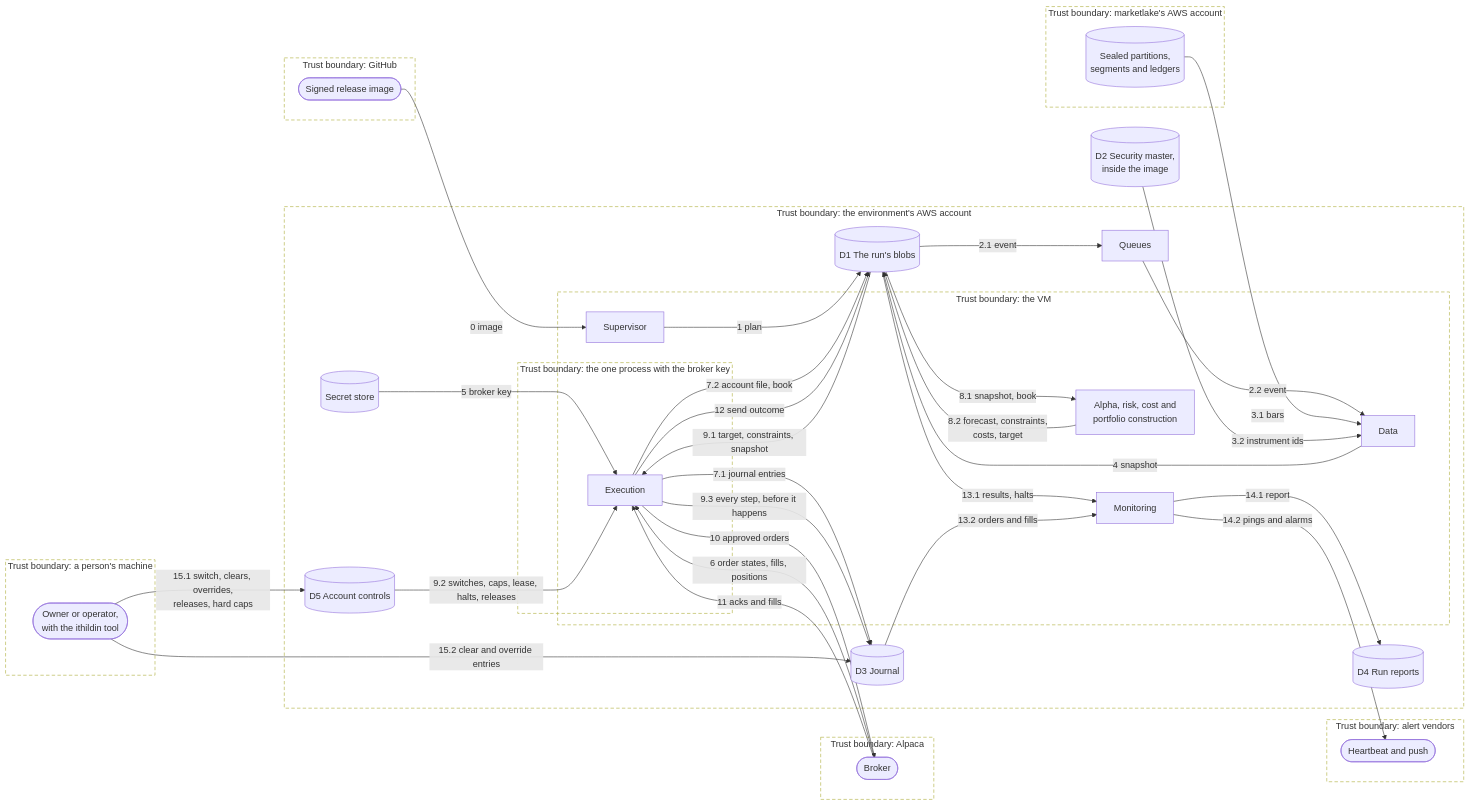
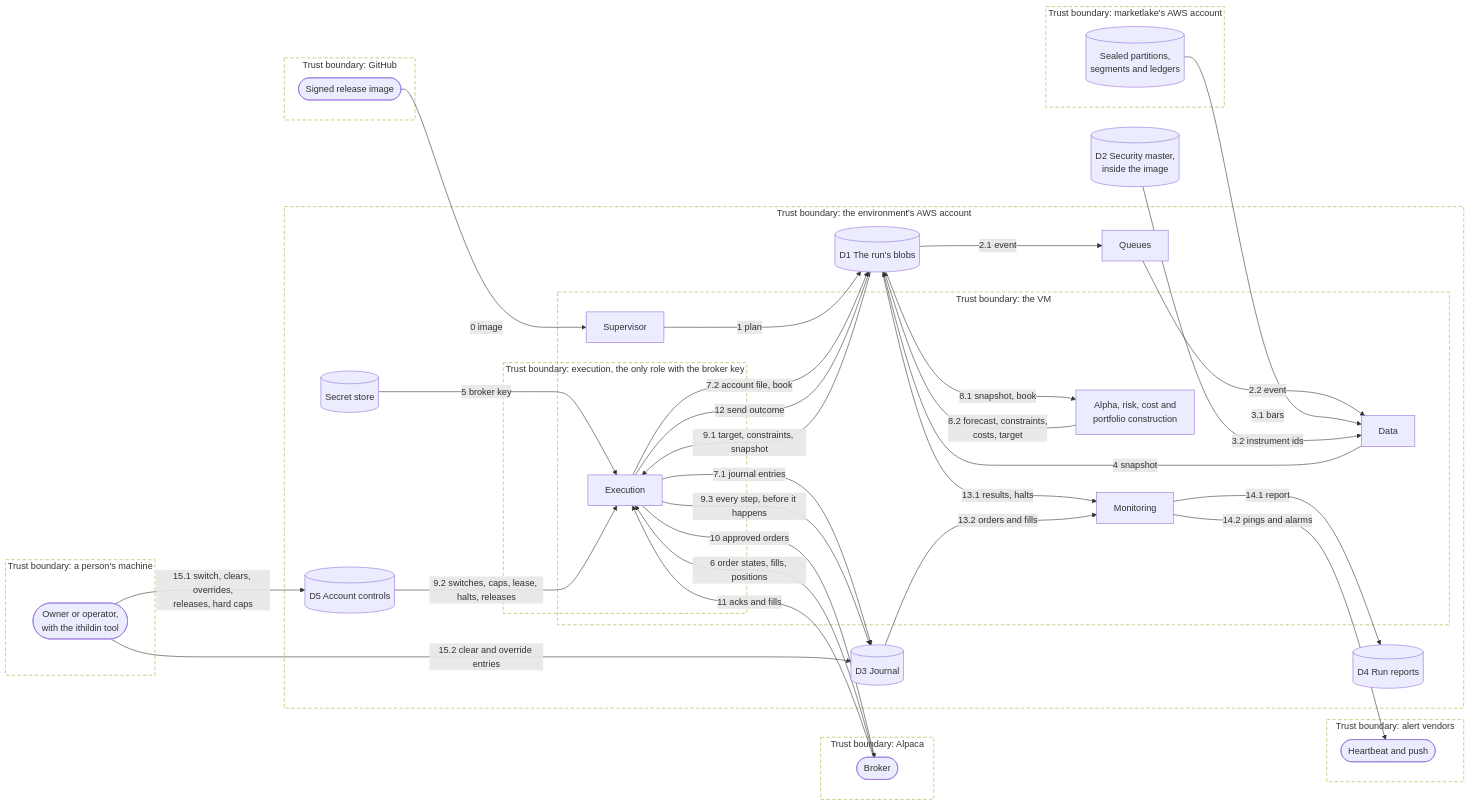
Before and after one commit to l3a0/ithildin-runtime: diagram 12 of 29 in docs/architecture.md, drawn with Mermaid. The commit also changed other lines of this file, not shown here.

Commit message:
docs: name execution rather than one process in the data flow

````diff
--- a/docs/architecture.md
+++ b/docs/architecture.md
@@ -672,65 +672,65 @@
 ```mermaid
 flowchart LR
     subgraph tb_person["Trust boundary: a person's machine"]
         person(["Owner or operator,<br/>with the ithildin tool"])
     end
     subgraph tb_github["Trust boundary: GitHub"]
         registry(["Signed release image"])
     end
     subgraph tb_marketlake["Trust boundary: marketlake's AWS account"]
         lake[("Sealed partitions,<br/>segments and ledgers")]
     end
     subgraph tb_broker["Trust boundary: Alpaca"]
         brokerx(["Broker"])
     end
     subgraph tb_alert["Trust boundary: alert vendors"]
         alert(["Heartbeat and push"])
     end
     subgraph tb_account["Trust boundary: the environment's AWS account"]
         subgraph tb_vm["Trust boundary: the VM"]
             sup["Supervisor"]
             data["Data"]
             models["Alpha, risk, cost and<br/>portfolio construction"]
             mon["Monitoring"]
-            subgraph tb_exec["Trust boundary: the one process with the broker key"]
+            subgraph tb_exec["Trust boundary: execution, the only role with the broker key"]
                 exec["Execution"]
             end
         end
         queue["Queues"]
         secret[("Secret store")]
         d1[("D1 The run's blobs")]
         d3[("D3 Journal")]
         d4[("D4 Run reports")]
         d5[("D5 Account controls")]
     end
     d2[("D2 Security master,<br/>inside the image")]
 
     registry -->|"0 image"| sup
     sup -->|"1 plan"| d1
     d1 -->|"2.1 event"| queue
     queue -->|"2.2 event"| data
     lake -->|"3.1 bars"| data
     d2 -->|"3.2 instrument ids"| data
     data -->|"4 snapshot"| d1
     secret -->|"5 broker key"| exec
     brokerx -->|"6 order states, fills, positions"| exec
     exec -->|"7.1 journal entries"| d3
     exec -->|"7.2 account file, book"| d1
     d1 -->|"8.1 snapshot, book"| models
     models -->|"8.2 forecast, constraints,<br/>costs, target"| d1
     d1 -->|"9.1 target, constraints, snapshot"| exec
     d5 -->|"9.2 switches, caps, lease, halts, releases"| exec
     exec -->|"9.3 every step, before it happens"| d3
     exec -->|"10 approved orders"| brokerx
     brokerx -->|"11 acks and fills"| exec
     exec -->|"12 send outcome"| d1
     d1 -->|"13.1 results, halts"| mon
     d3 -->|"13.2 orders and fills"| mon
     mon -->|"14.1 report"| d4
     mon -->|"14.2 pings and alarms"| alert
     person -->|"15.1 switch, clears, overrides,<br/>releases, hard caps"| d5
     person -->|"15.2 clear and override entries"| d3
 
     classDef boundary fill:none,stroke-dasharray:6 4
     class tb_person,tb_github,tb_marketlake,tb_broker,tb_alert,tb_account,tb_vm,tb_exec boundary
 ```
````
